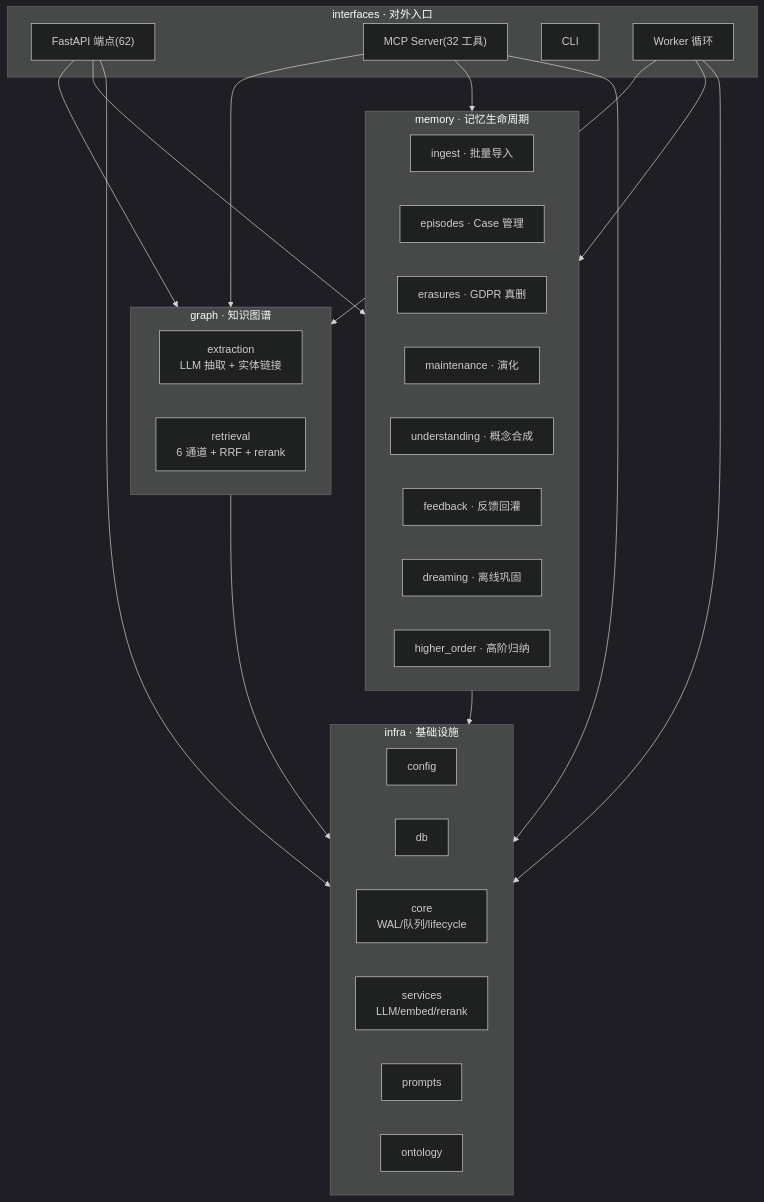
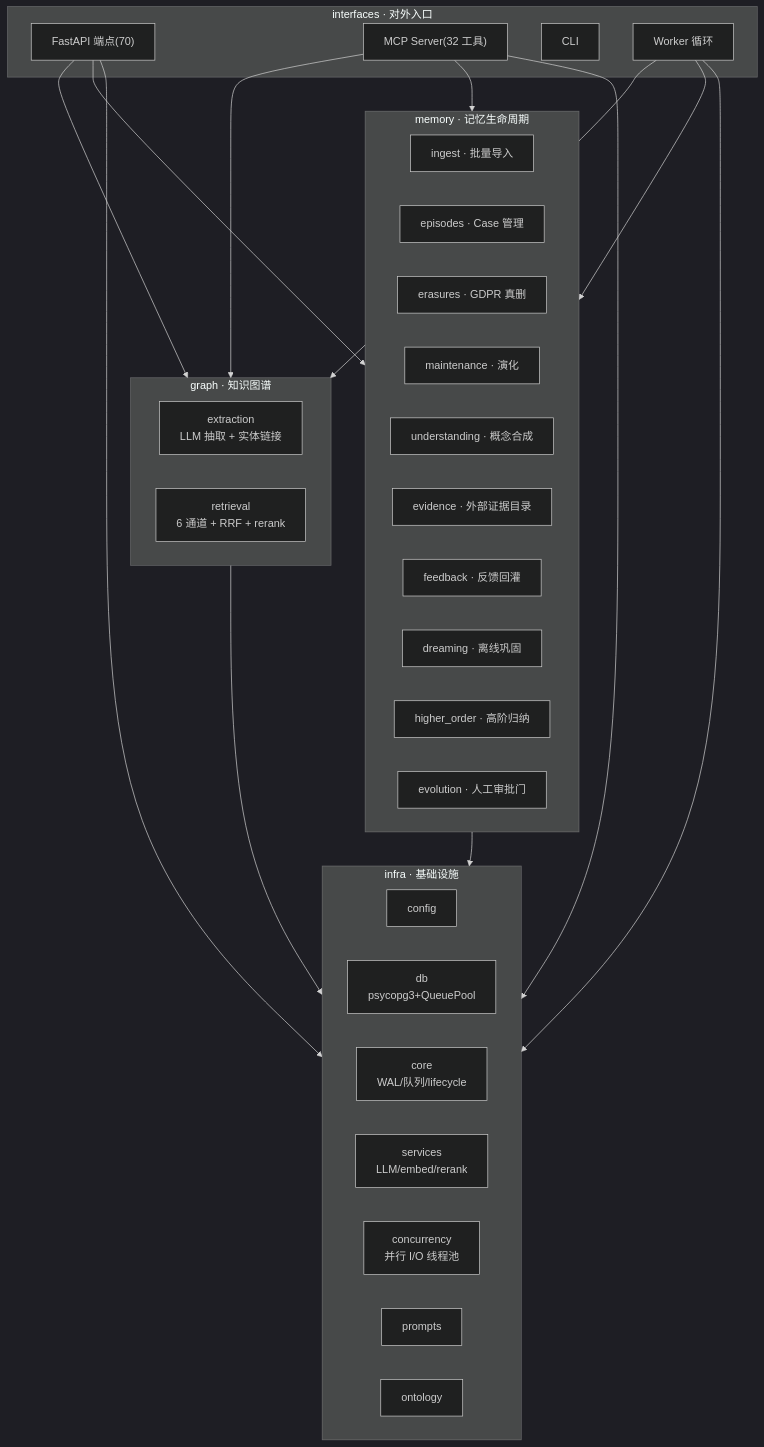
One commit to pty819/cortex-py-book changed the first of 11 diagrams in source/chapters/23-architecture-diagrams.md. Above: the diagram before and after it, drawn with Mermaid (dark theme). The commit also changed other lines of this file and 6 other files, not shown here.

````diff
--- a/source/chapters/23-architecture-diagrams.md
+++ b/source/chapters/23-architecture-diagrams.md
@@ -29,43 +29,46 @@
 ```{mermaid}
 graph TB
     subgraph interfaces ["interfaces · 对外入口"]
-        API["FastAPI 端点(62)"]
+        API["FastAPI 端点(70)"]
         MCP["MCP Server(32 工具)"]
         CLI["CLI"]
         WK["Worker 循环"]
     end
     subgraph graph_ ["graph · 知识图谱"]
         EXT["extraction<br/>LLM 抽取 + 实体链接"]
         RET["retrieval<br/>6 通道 + RRF + rerank"]
     end
     subgraph memory ["memory · 记忆生命周期"]
         INGEST["ingest · 批量导入"]
         EPI["episodes · Case 管理"]
         ERASE["erasures · GDPR 真删"]
         MAINT["maintenance · 演化"]
         UNDER["understanding · 概念合成"]
+        EVD["evidence · 外部证据目录"]
         FB["feedback · 反馈回灌"]
         DREAM["dreaming · 离线巩固"]
         HO["higher_order · 高阶归纳"]
+        EVO["evolution · 人工审批门"]
     end
     subgraph infra ["infra · 基础设施"]
         CFG["config"]
-        DB["db"]
+        DB["db<br/>psycopg3+QueuePool"]
         CORE["core<br/>WAL/队列/lifecycle"]
         SVC["services<br/>LLM/embed/rerank"]
+        CONC["concurrency<br/>并行 I/O 线程池"]
         PROMPT["prompts"]
         ONTO["ontology"]
     end
 
     API --> graph_
     API --> memory
     API --> infra
     MCP --> graph_
     MCP --> memory
     MCP --> infra
     WK --> graph_
     WK --> memory
     WK --> infra
     graph_ --> infra
     memory --> infra
 ```
````
